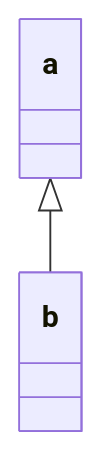
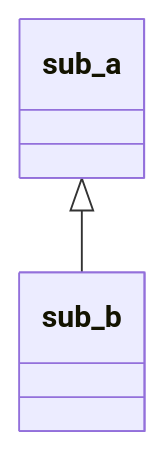
Before and after one commit to redboltz/mermaid_test: the diagram in sub/t1.md, drawn with Mermaid. The commit also changed other lines of this file, not shown here.

````diff
--- a/sub/t1.md
+++ b/sub/t1.md
@@ -3,4 +3,4 @@
 ```mermaid
 classDiagram
-a <|-- b
+sub_a <|-- sub_b
 ```
````
